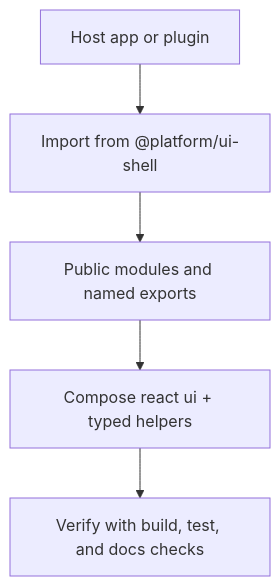
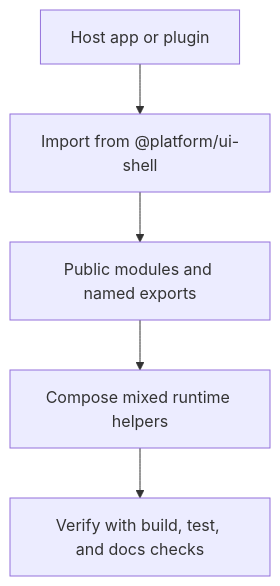
The diagram in DEVELOPER.md (gutula/gutu-lib-ui-shell), drawn with Mermaid before and after one commit. The commit also changed other lines of this file and 8 other files, not shown here.

````diff
--- a/DEVELOPER.md
+++ b/DEVELOPER.md
@@ -99,7 +101,7 @@
 ```mermaid
 graph TD
   host["Host app or plugin"] --> import["Import from @platform/ui-shell"]
   import --> api["Public modules and named exports"]
-  api --> compose["Compose react ui + typed helpers"]
+  api --> compose["Compose mixed runtime helpers"]
   compose --> verify["Verify with build, test, and docs checks"]
 ```
````
